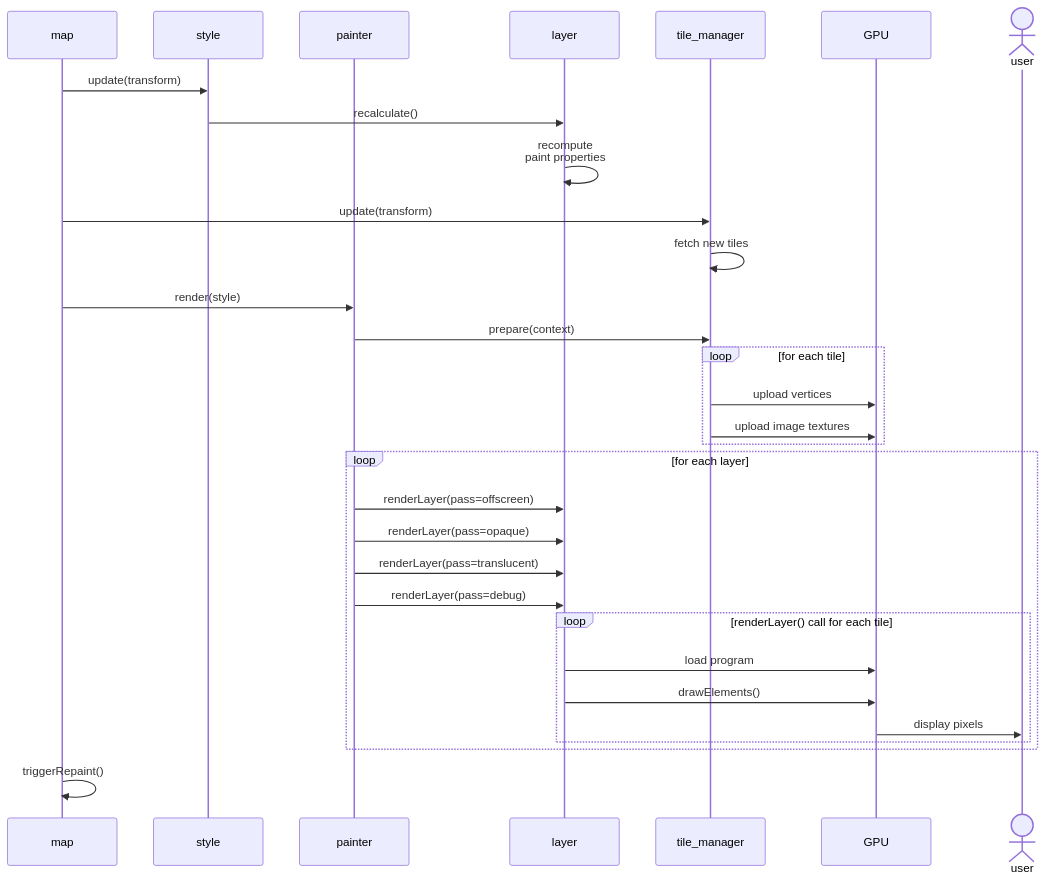
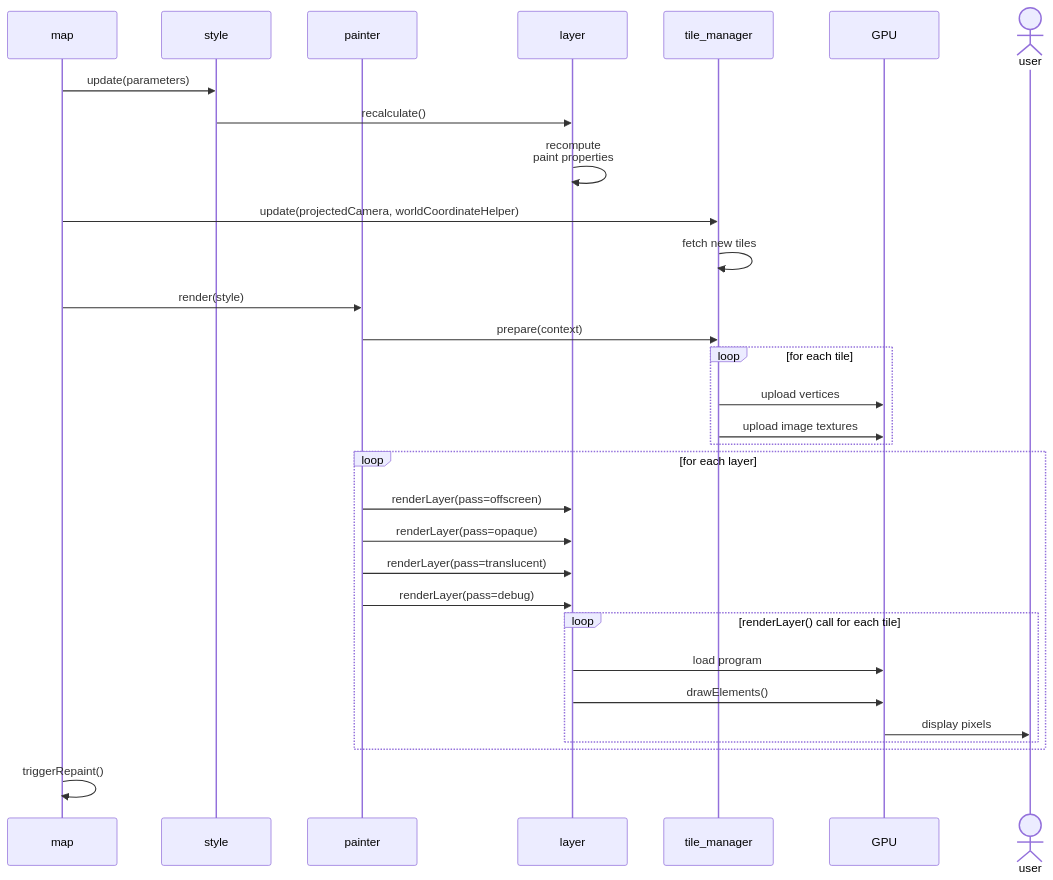
One commit to maplibre/maplibre-gl-js changed the third of 3 diagrams in developer-guides/life-of-a-tile.md. Above: the diagram before and after it, drawn with Mermaid. The commit also changed other lines of this file and 163 other files, not shown here.

````diff
--- a/developer-guides/life-of-a-tile.md
+++ b/developer-guides/life-of-a-tile.md
@@ -154,34 +157,34 @@
 ```mermaid
 sequenceDiagram
     participant map
     participant style
     participant painter
     participant layer
     participant tile_manager
     participant GPU
     actor user
 
-    map->>style: update(transform)
+    map->>style: update(parameters)
     style->>layer: recalculate()
     layer->>layer: recompute<br>paint properties
-    map->>tile_manager: update(transform)
+    map->>tile_manager: update(projectedCamera, worldCoordinateHelper)
     tile_manager->>tile_manager: fetch new tiles
     map->>painter: render(style)
     painter->>tile_manager: prepare(context)
     loop for each tile
         tile_manager->>GPU: upload vertices
         tile_manager->>GPU: upload image textures
     end
     loop for each layer
         painter->>layer: renderLayer(pass=offscreen)
         painter->>layer: renderLayer(pass=opaque)
         painter->>layer: renderLayer(pass=translucent)
         painter->>layer: renderLayer(pass=debug)
         loop renderLayer() call for each tile
             layer->>GPU: load program
             layer->>GPU: drawElements()
             GPU->>user: display pixels
         end
     end
     map->>map: triggerRepaint()
 ```
````
